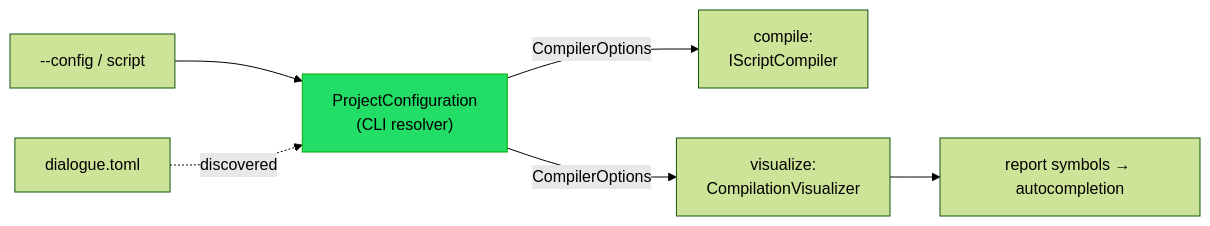
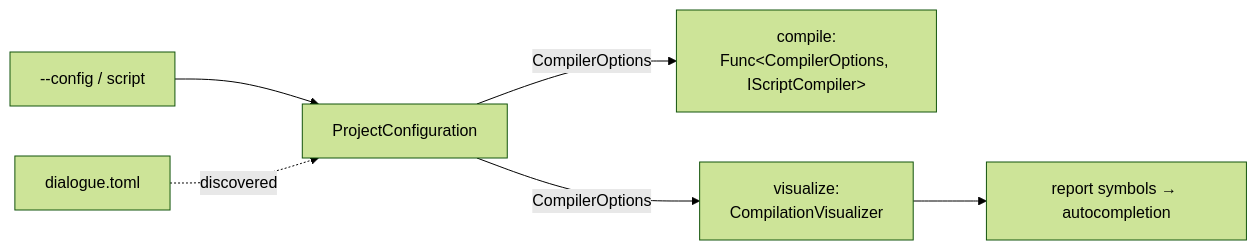
Before and after one commit to pengzhengyi/dialoguedown: the diagram in docs/contributing/design-notes/configuration/CLI Configuration.md, drawn with Mermaid (forest theme). The commit also changed other lines of this file and 124 other files, not shown here.

````diff
--- a/docs/contributing/design-notes/configuration/CLI Configuration.md
+++ b/docs/contributing/design-notes/configuration/CLI Configuration.md
@@ -52,9 +11,8 @@
 ```mermaid
 flowchart LR
-    ARGS["--config / script"] --> R["ProjectConfiguration<br/>(CLI resolver)"]
+    ARGS["--config / script"] --> R["ProjectConfiguration"]
     TOML["dialogue.toml"] -.discovered.-> R
-    R -->|CompilerOptions| CMP["compile:<br/>IScriptCompiler"]
+    R -->|CompilerOptions| CMP["compile:<br/>Func&lt;CompilerOptions, IScriptCompiler&gt;"]
     R -->|CompilerOptions| VIZ["visualize:<br/>CompilationVisualizer"]
     VIZ --> SYM["report symbols → autocompletion"]
-    style R fill:#2d6,stroke:#0a0,color:#000
 ```
````
